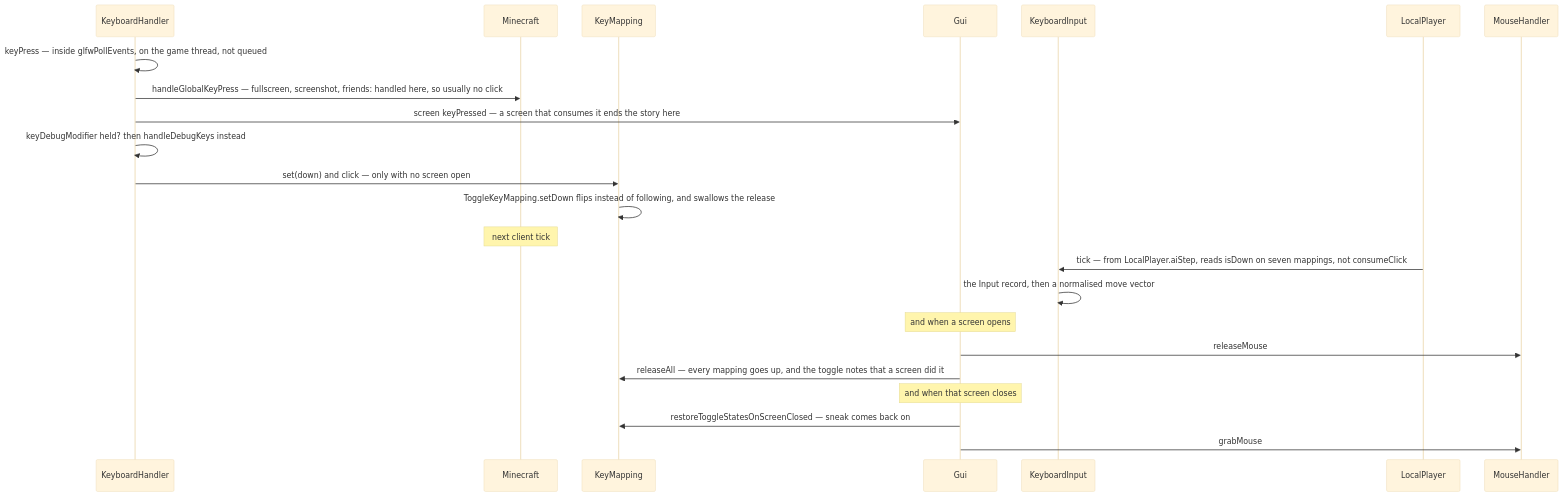
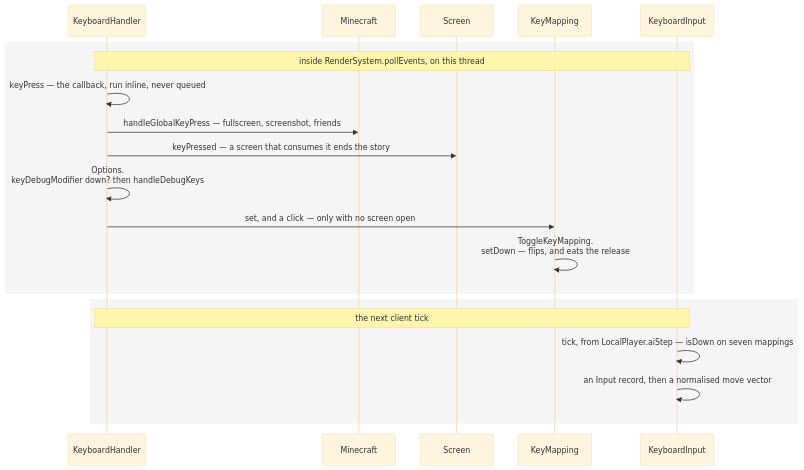
Before and after one commit to AlexanderjFraser/MinecraftDocs: the diagram in src/systems/client/input-and-keybinds.md, drawn with Mermaid (base theme). The commit also changed other lines of this file and 18 other files, not shown here.

````diff
--- a/src/systems/client/input-and-keybinds.md
+++ b/src/systems/client/input-and-keybinds.md
@@ -44,26 +44,22 @@
 ```mermaid
 sequenceDiagram
     participant KH as KeyboardHandler
     participant MC as Minecraft
+    participant Screen as Screen
     participant KM as KeyMapping
-    participant Gui as Gui
     participant KI as KeyboardInput
-    participant LP as LocalPlayer
-    participant MH as MouseHandler
-
-    KH->>KH: keyPress — inside glfwPollEvents, on the game thread, not queued
-    KH->>MC: handleGlobalKeyPress — fullscreen, screenshot, friends: handled here, so usually no click
-    KH->>Gui: screen keyPressed — a screen that consumes it ends the story here
-    KH->>KH: keyDebugModifier held? then handleDebugKeys instead
-    KH->>KM: set(down) and click — only with no screen open
-    KM->>KM: ToggleKeyMapping.setDown flips instead of following, and swallows the release
-    Note over MC: next client tick
-    LP->>KI: tick — from LocalPlayer.aiStep, reads isDown on seven mappings, not consumeClick
-    KI->>KI: the Input record, then a normalised move vector
-    Note over Gui: and when a screen opens
-    Gui->>MH: releaseMouse
-    Gui->>KM: releaseAll — every mapping goes up, and the toggle notes that a screen did it
-    Note over Gui: and when that screen closes
-    Gui->>KM: restoreToggleStatesOnScreenClosed — sneak comes back on
-    Gui->>MH: grabMouse
+    rect rgba(0, 0, 0, 0.04)
+    Note over KH,KI: inside RenderSystem.pollEvents, on this thread
+    KH->>KH: keyPress — the callback, run inline, never queued
+    KH->>MC: handleGlobalKeyPress — fullscreen, screenshot, friends
+    KH->>Screen: keyPressed — a screen that consumes it ends the story
+    KH->>KH: Options.<br/>keyDebugModifier down? then handleDebugKeys
+    KH->>KM: set, and a click — only with no screen open
+    KM->>KM: ToggleKeyMapping.<br/>setDown — flips, and eats the release
+    end
+    rect rgba(0, 0, 0, 0.04)
+    Note over KH,KI: the next client tick
+    KI->>KI: tick, from LocalPlayer.aiStep — isDown on seven mappings
+    KI->>KI: an Input record, then a normalised move vector
+    end
 ```
````
